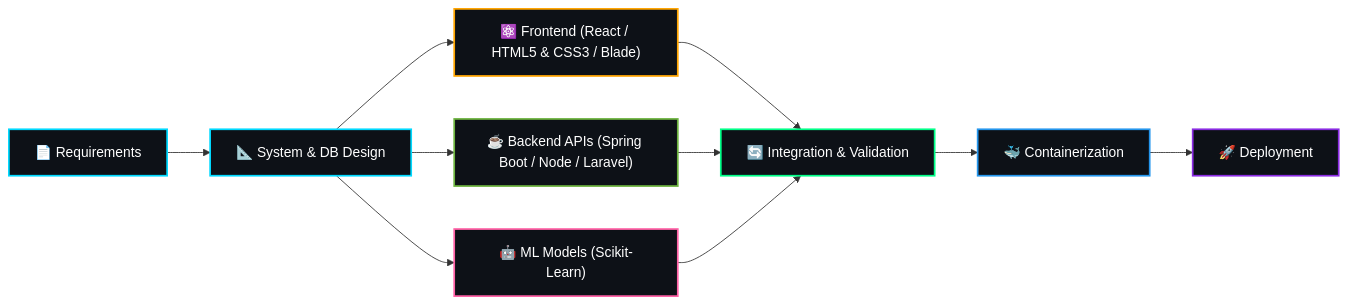
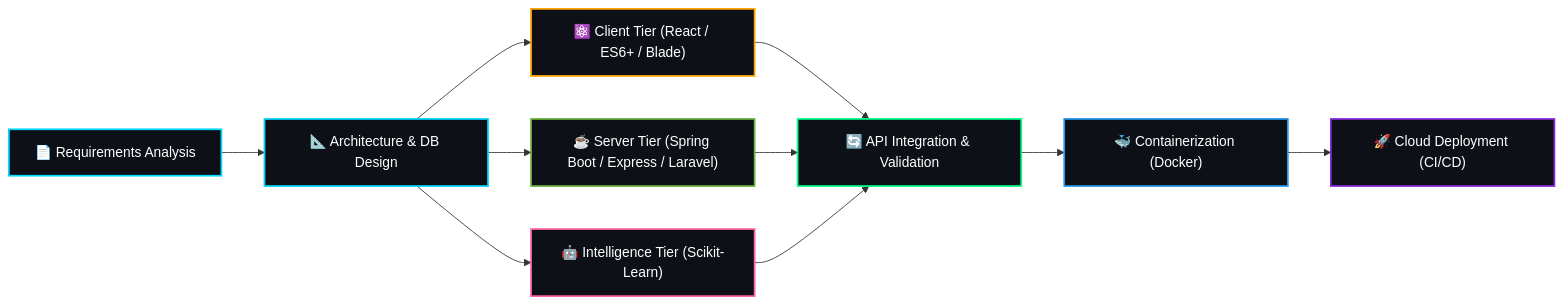
Before and after one commit to reezmahanan/reezmahanan: the diagram in README.md, drawn with Mermaid. The commit also changed other lines of this file, not shown here.

````diff
--- a/README.md
+++ b/README.md
@@ -80,21 +84,21 @@
 ```mermaid
 graph LR
-    A["📄 Requirements"] --> B["📐 System & DB Design"]
-    B --> C["⚛️ Frontend (React / HTML5 & CSS3 / Blade)"]
-    B --> D["☕ Backend APIs (Spring Boot / Node / Laravel)"]
-    B --> E["🤖 ML Models (Scikit-Learn)"]
-    C --> F["🔄 Integration & Validation"]
+    A["📄 Requirements Analysis"] --> B["📐 Architecture & DB Design"]
+    B --> C["⚛️ Client Tier (React / ES6+ / Blade)"]
+    B --> D["☕ Server Tier (Spring Boot / Express / Laravel)"]
+    B --> E["🤖 Intelligence Tier (Scikit-Learn)"]
+    C --> F["🔄 API Integration & Validation"]
     D --> F
     E --> F
-    F --> G["🐳 Containerization"]
-    G --> H["🚀 Deployment"]
+    F --> G["🐳 Containerization (Docker)"]
+    G --> H["🚀 Cloud Deployment (CI/CD)"]
 
     style A fill:#0d1117,stroke:#00d9ff,stroke-width:2px,color:#ffffff
     style B fill:#0d1117,stroke:#00d9ff,stroke-width:2px,color:#ffffff
     style C fill:#0d1117,stroke:#ffa500,stroke-width:2px,color:#ffffff
     style D fill:#0d1117,stroke:#6db33f,stroke-width:2px,color:#ffffff
     style E fill:#0d1117,stroke:#ff61a6,stroke-width:2px,color:#ffffff
     style F fill:#0d1117,stroke:#00ff88,stroke-width:2px,color:#ffffff
     style G fill:#0d1117,stroke:#2496ed,stroke-width:2px,color:#ffffff
     style H fill:#0d1117,stroke:#8a2be2,stroke-width:2px,color:#ffffff
 ```
````
